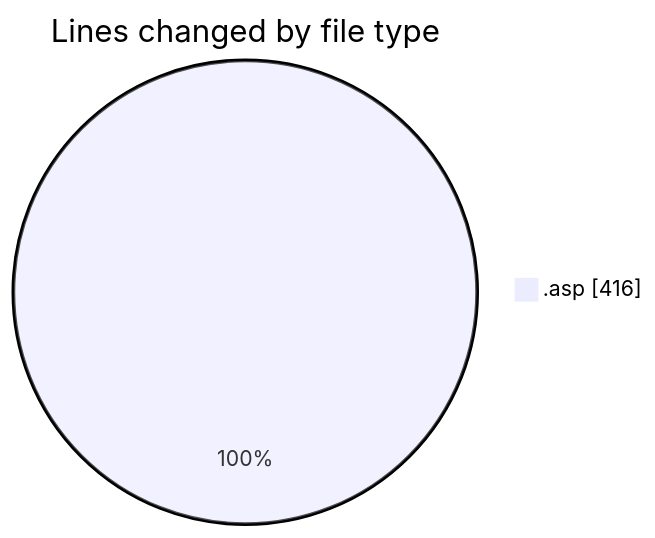
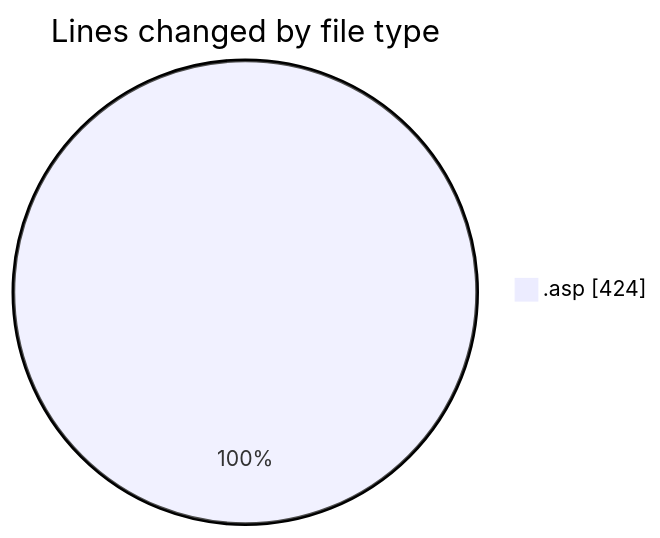
The first of 2 diagrams in 2025-11-15/cdp_aleoudev_fr__workspace_/README.md (julien-gomy/code-tracking), drawn with Mermaid before and after one commit. The commit also changed other lines of this file and 1 other file, not shown here.

````diff
--- a/2025-11-15/cdp_aleoudev_fr__workspace_/README.md
+++ b/2025-11-15/cdp_aleoudev_fr__workspace_/README.md
@@ -24,5 +24,5 @@
 ```mermaid
 pie showData
 title Lines changed by file type
-".asp" : 416
+".asp" : 424
 ```
````
